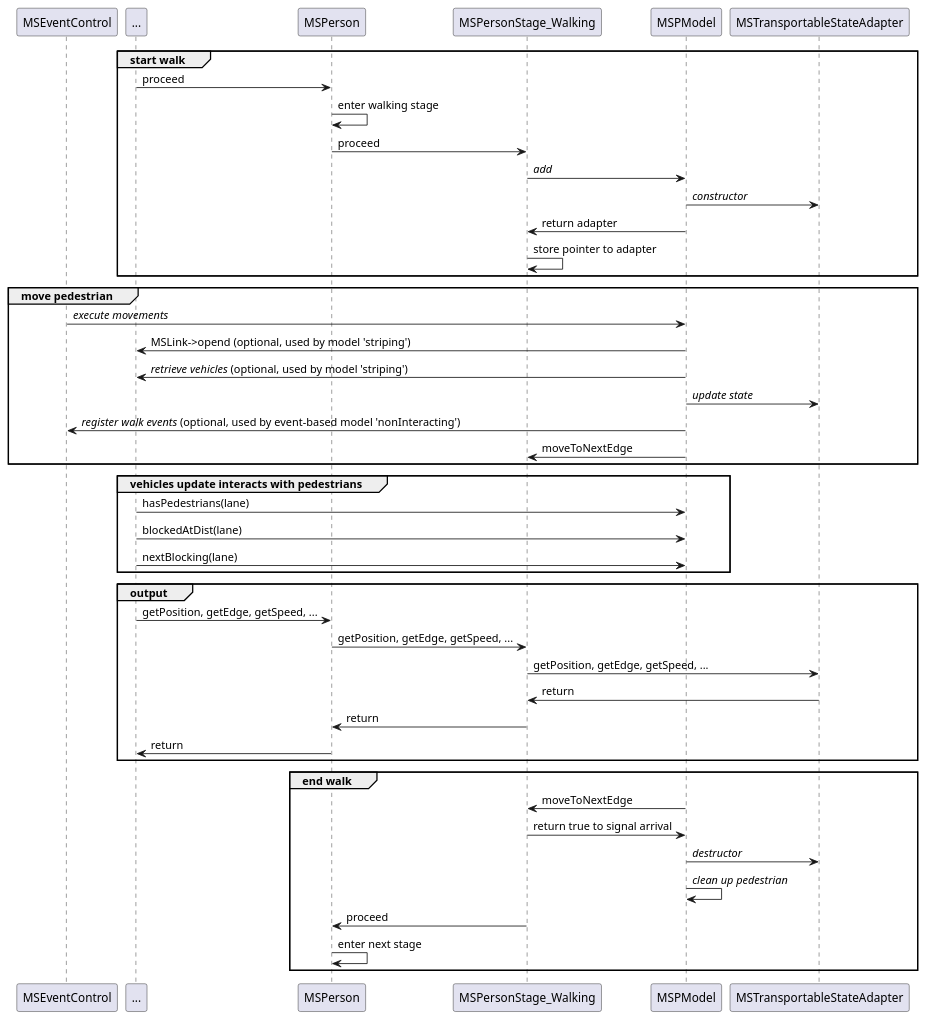
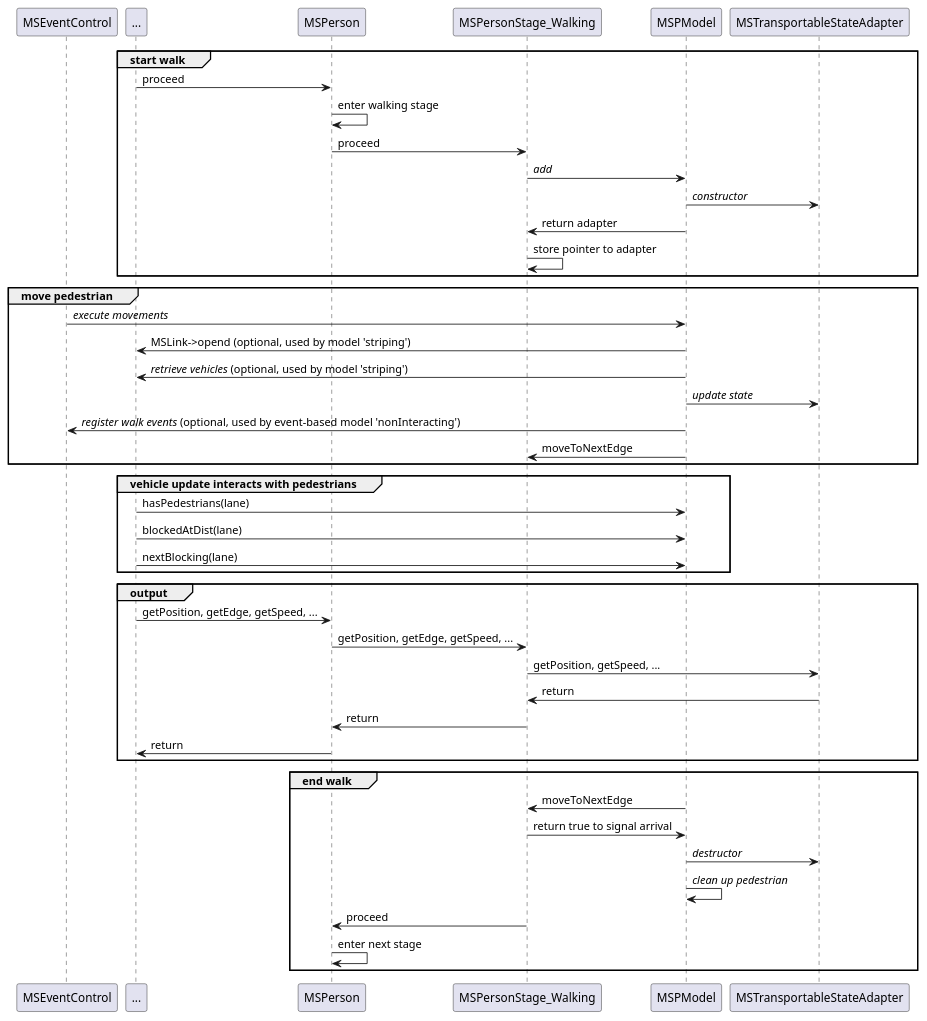
One commit to eclipse-sumo/sumo changed the second of 2 diagrams in docs/web/docs/Developer/Implementation_Notes/Simulation_Loop.md. Above: the diagram before and after it, drawn with PlantUML.

````diff
--- a/docs/web/docs/Developer/Implementation_Notes/Simulation_Loop.md
+++ b/docs/web/docs/Developer/Implementation_Notes/Simulation_Loop.md
@@ -76,54 +76,54 @@
 ```plantuml
 @startuml
 participant MSEventControl as events
 participant ...
 participant MSPerson as person
 participant MSPersonStage_Walking as walk
 participant MSPModel as model
 participant MSTransportableStateAdapter as adapter
 
 group start walk
 ... -> person : proceed
 person -> person : enter walking stage
 person -> walk : proceed
 walk -> model : //add//
 model -> adapter : //constructor//
 model -> walk : return adapter
 walk -> walk : store pointer to adapter
 end
 
 group move pedestrian
 events -> model : //execute movements//
 model -> ... : MSLink->opend (optional, used by model 'striping')
 model -> ... : //retrieve vehicles// (optional, used by model 'striping')
 model -> adapter : //update state//
 model -> events : //register walk events// (optional, used by event-based model 'nonInteracting')
 model -> walk : moveToNextEdge
 end
 
-group vehicles update interacts with pedestrians
+group vehicle update interacts with pedestrians
 ... -> model : hasPedestrians(lane)
 ... -> model : blockedAtDist(lane)
 ... -> model : nextBlocking(lane)
 end
 
 group output
 ... -> person : getPosition, getEdge, getSpeed, ...
 person -> walk : getPosition, getEdge, getSpeed, ...
-walk -> adapter : getPosition, getEdge, getSpeed, ...
+walk -> adapter : getPosition, getSpeed, ...
 adapter -> walk : return
 walk -> person : return
 person -> ... : return
 end
 
 group end walk
 model -> walk : moveToNextEdge
 walk -> model : return true to signal arrival
 model -> adapter : //destructor//
 model -> model : //clean up pedestrian//
 walk -> person : proceed
 person -> person : enter next stage
 end
 
 @enduml
 ```
````
